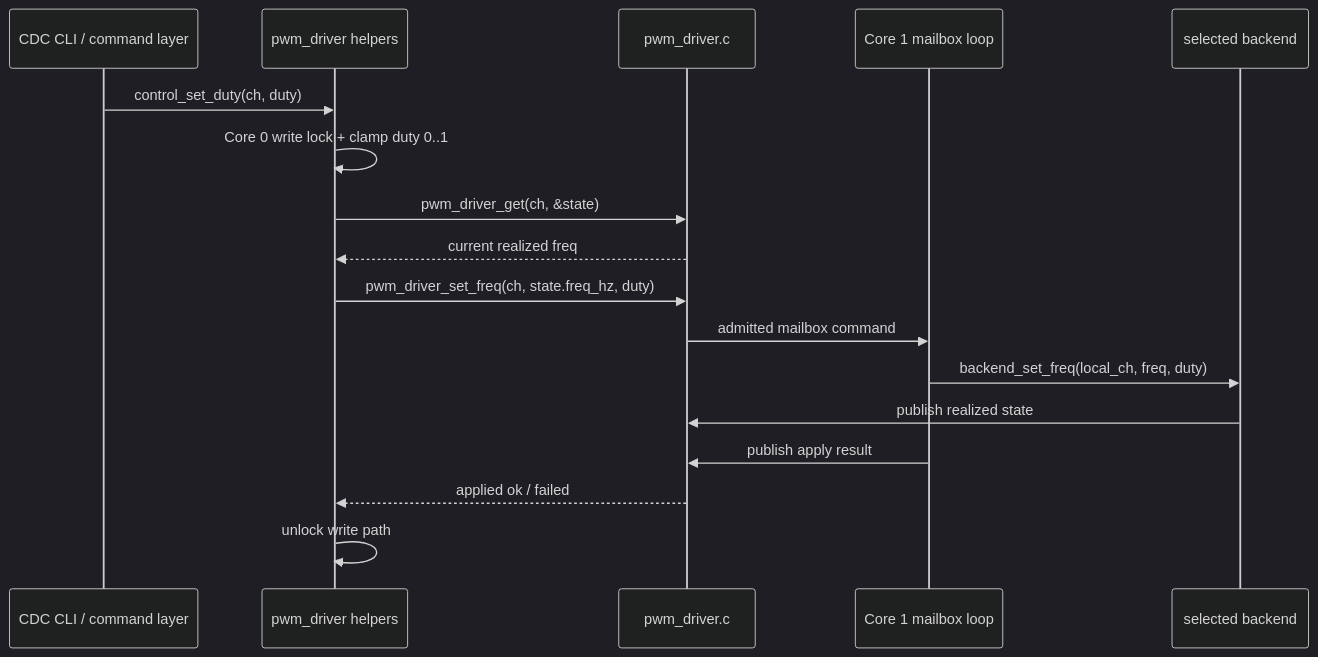
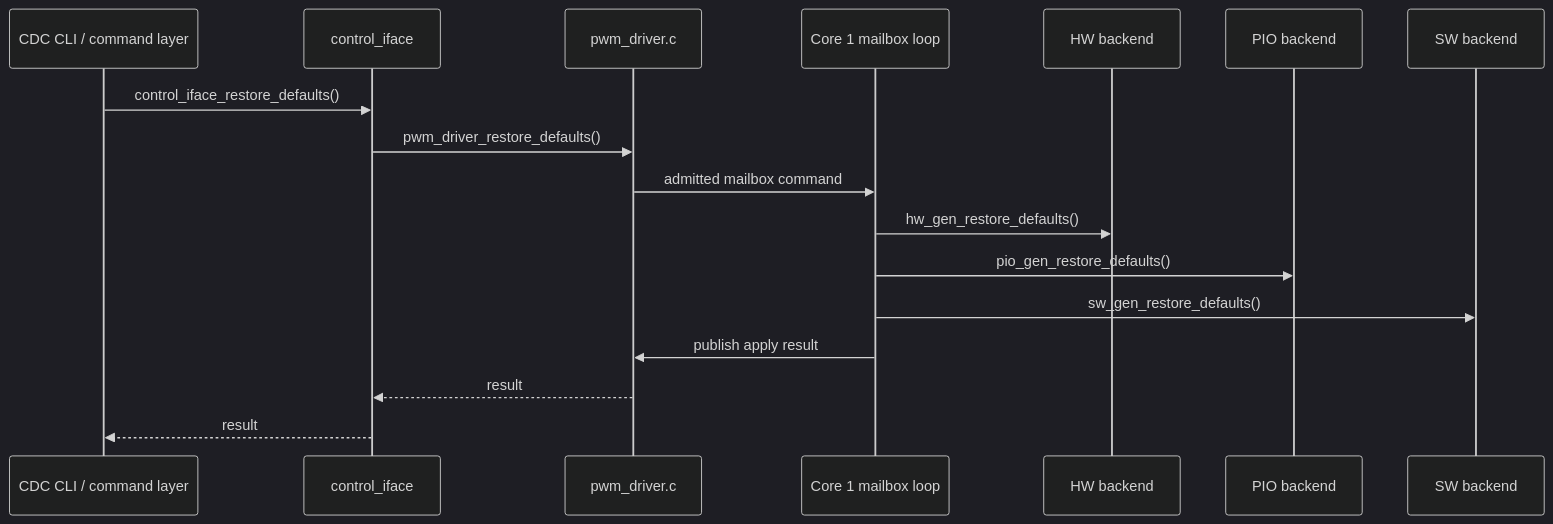
Before and after one commit to djwinter29-oss/PicoPWM: the fifth of 6 diagrams in docs/detail/pwm_driver_design.md, drawn with Mermaid (dark theme). The commit also changed other lines of this file and 23 other files, not shown here.

````diff
--- a/docs/detail/pwm_driver_design.md
+++ b/docs/detail/pwm_driver_design.md
@@ -331,20 +328,20 @@
 ```mermaid
 sequenceDiagram
     participant CLI as CDC CLI / command layer
-    participant CTL as pwm_driver helpers
+    participant CTL as control_iface
     participant WR as pwm_driver.c
     participant C1 as Core 1 mailbox loop
-    participant BE as selected backend
+    participant HW as HW backend
+    participant PIO as PIO backend
+    participant SW as SW backend
 
-    CLI->>CTL: control_set_duty(ch, duty)
-    CTL->>CTL: Core 0 write lock + clamp duty 0..1
-    CTL->>WR: pwm_driver_get(ch, &state)
-    WR-->>CTL: current realized freq
-    CTL->>WR: pwm_driver_set_freq(ch, state.freq_hz, duty)
+    CLI->>CTL: control_iface_restore_defaults()
+    CTL->>WR: pwm_driver_restore_defaults()
     WR->>C1: admitted mailbox command
-    C1->>BE: backend_set_freq(local_ch, freq, duty)
-    BE->>WR: publish realized state
+    C1->>HW: hw_gen_restore_defaults()
+    C1->>PIO: pio_gen_restore_defaults()
+    C1->>SW: sw_gen_restore_defaults()
     C1->>WR: publish apply result
-    WR-->>CTL: applied ok / failed
-    CTL->>CTL: unlock write path
+    WR-->>CTL: result
+    CTL-->>CLI: result
 ```
````
